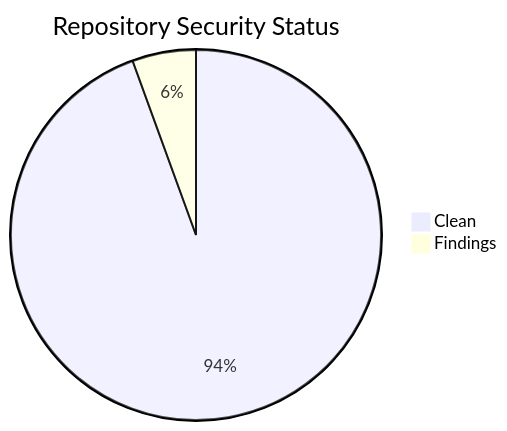
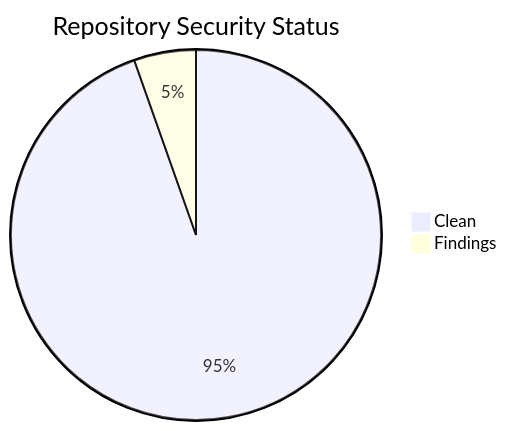
Before and after one commit to icepaule/icepaule.github.io: the second of 2 diagrams in projects/status.md, drawn with Mermaid. The commit also changed other lines of this file and 5 other files, not shown here.

````diff
--- a/projects/status.md
+++ b/projects/status.md
@@ -99,5 +100,5 @@
 ```mermaid
 pie title Repository Security Status
-    "Clean" : 34
+    "Clean" : 35
     "Findings" : 2
 ```
````
